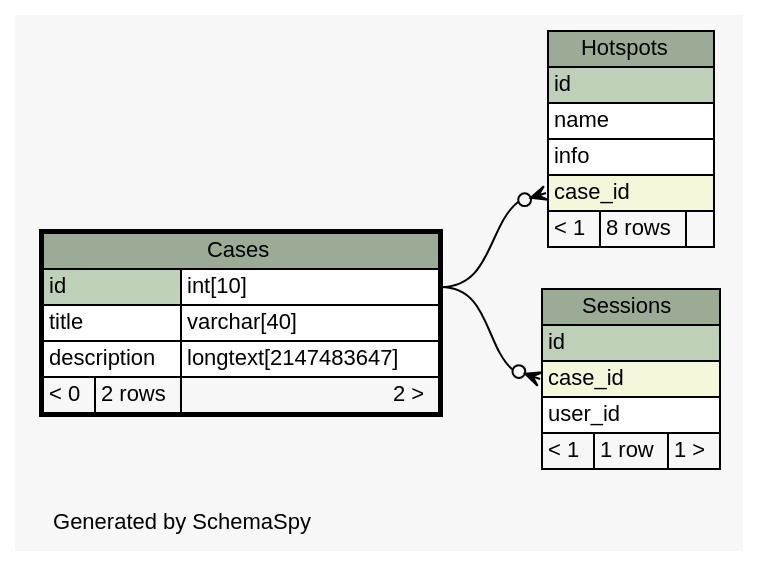
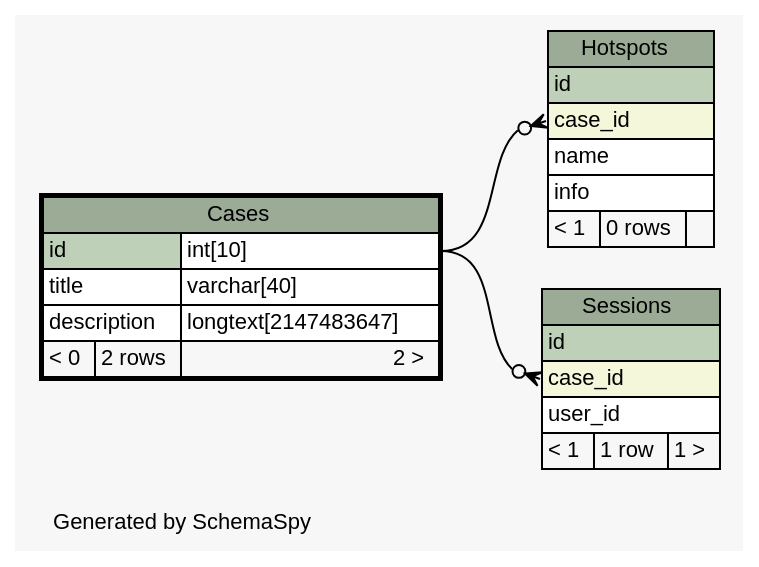
One commit to carrel2/CaseStudies changed the diagram in web/files/schema/diagrams/Cases.1degree.dot. Above: the diagram before and after it, drawn with Graphviz. The commit also changed 40 other files, not shown here.

```diff
--- a/web/files/schema/diagrams/Cases.1degree.dot
+++ b/web/files/schema/diagrams/Cases.1degree.dot
@@ -1,61 +1,61 @@
 // dot 2.38.0 on Linux 4.4.0-59-generic
 // SchemaSpy rev 590
 digraph "oneDegreeRelationshipsDiagram" {
   graph [
     rankdir="RL"
     bgcolor="#f7f7f7"
     label="\nGenerated by SchemaSpy"
     labeljust="l"
     nodesep="0.18"
     ranksep="0.46"
     fontname="Helvetica"
     fontsize="11"
   ];
   node [
     fontname="Helvetica"
     fontsize="11"
     shape="plaintext"
   ];
   edge [
     arrowsize="0.8"
   ];
   "Hotspots":"case_id":w -> "Cases":"id.type":e [arrowhead=none dir=back arrowtail=crowodot];
   "Sessions":"case_id":w -> "Cases":"id.type":e [arrowhead=none dir=back arrowtail=crowodot];
   "Cases" [
     label=<
     <TABLE BORDER="2" CELLBORDER="1" CELLSPACING="0" BGCOLOR="#ffffff">
       <TR><TD COLSPAN="3" BGCOLOR="#9bab96" ALIGN="CENTER">Cases</TD></TR>
       <TR><TD PORT="id" COLSPAN="2" BGCOLOR="#bed1b8" ALIGN="LEFT">id</TD><TD PORT="id.type" ALIGN="LEFT">int[10]</TD></TR>
       <TR><TD PORT="title" COLSPAN="2" ALIGN="LEFT">title</TD><TD PORT="title.type" ALIGN="LEFT">varchar[40]</TD></TR>
       <TR><TD PORT="description" COLSPAN="2" ALIGN="LEFT">description</TD><TD PORT="description.type" ALIGN="LEFT">longtext[2147483647]</TD></TR>
       <TR><TD ALIGN="LEFT" BGCOLOR="#f7f7f7">&lt; 0</TD><TD ALIGN="RIGHT" BGCOLOR="#f7f7f7">2 rows</TD><TD ALIGN="RIGHT" BGCOLOR="#f7f7f7">2 &gt;</TD></TR>
     </TABLE>>
     URL="Cases.html"
     tooltip="Cases"
   ];
   "Hotspots" [
     label=<
     <TABLE BORDER="0" CELLBORDER="1" CELLSPACING="0" BGCOLOR="#ffffff">
       <TR><TD COLSPAN="3" BGCOLOR="#9bab96" ALIGN="CENTER">Hotspots</TD></TR>
       <TR><TD PORT="id" COLSPAN="3" BGCOLOR="#bed1b8" ALIGN="LEFT">id</TD></TR>
+      <TR><TD PORT="case_id" COLSPAN="3" BGCOLOR="#f4f7da" ALIGN="LEFT">case_id</TD></TR>
       <TR><TD PORT="name" COLSPAN="3" ALIGN="LEFT">name</TD></TR>
       <TR><TD PORT="info" COLSPAN="3" ALIGN="LEFT">info</TD></TR>
-      <TR><TD PORT="case_id" COLSPAN="3" BGCOLOR="#f4f7da" ALIGN="LEFT">case_id</TD></TR>
-      <TR><TD ALIGN="LEFT" BGCOLOR="#f7f7f7">&lt; 1</TD><TD ALIGN="RIGHT" BGCOLOR="#f7f7f7">8 rows</TD><TD ALIGN="RIGHT" BGCOLOR="#f7f7f7">  </TD></TR>
+      <TR><TD ALIGN="LEFT" BGCOLOR="#f7f7f7">&lt; 1</TD><TD ALIGN="RIGHT" BGCOLOR="#f7f7f7">0 rows</TD><TD ALIGN="RIGHT" BGCOLOR="#f7f7f7">  </TD></TR>
     </TABLE>>
     URL="Hotspots.html"
     tooltip="Hotspots"
   ];
   "Sessions" [
     label=<
     <TABLE BORDER="0" CELLBORDER="1" CELLSPACING="0" BGCOLOR="#ffffff">
       <TR><TD COLSPAN="3" BGCOLOR="#9bab96" ALIGN="CENTER">Sessions</TD></TR>
       <TR><TD PORT="id" COLSPAN="3" BGCOLOR="#bed1b8" ALIGN="LEFT">id</TD></TR>
       <TR><TD PORT="case_id" COLSPAN="3" BGCOLOR="#f4f7da" ALIGN="LEFT">case_id</TD></TR>
       <TR><TD PORT="user_id" COLSPAN="3" ALIGN="LEFT">user_id</TD></TR>
       <TR><TD ALIGN="LEFT" BGCOLOR="#f7f7f7">&lt; 1</TD><TD ALIGN="RIGHT" BGCOLOR="#f7f7f7">1 row</TD><TD ALIGN="RIGHT" BGCOLOR="#f7f7f7">1 &gt;</TD></TR>
     </TABLE>>
     URL="Sessions.html"
     tooltip="Sessions"
   ];
 }
```
